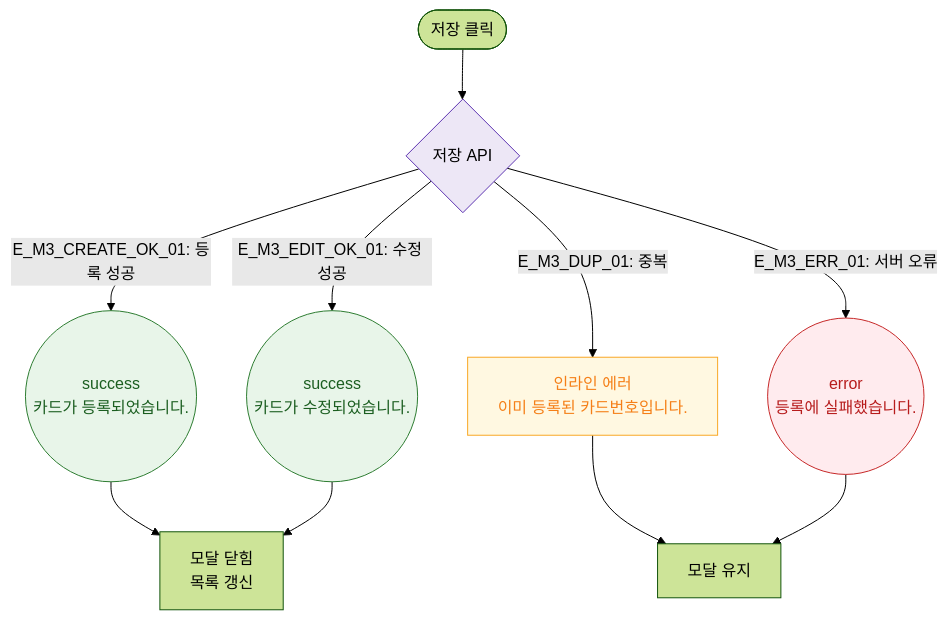
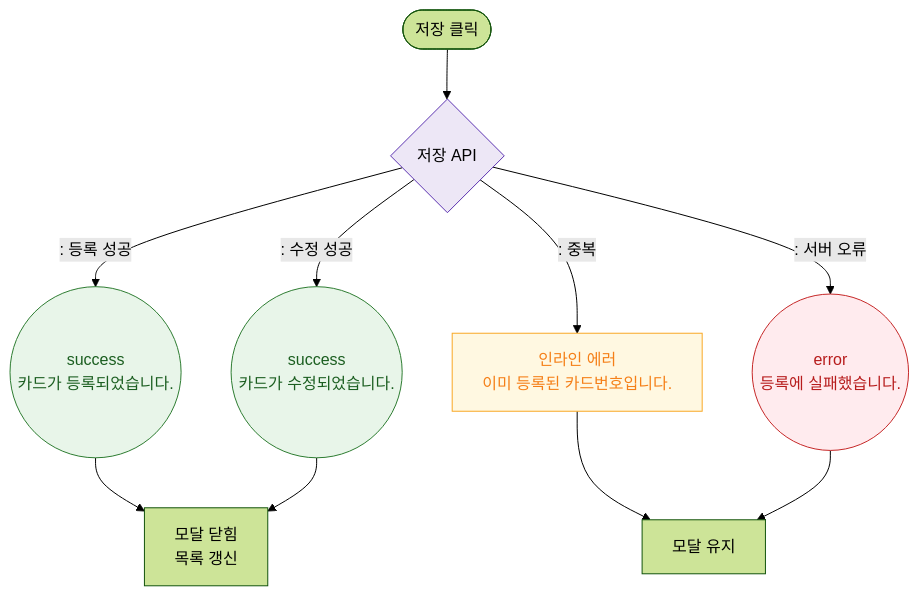
The diagram in docs/다이어그램/D06_시설관리/DLG/DLG-052-001_RFID등록수정/M3_결과분기.md (dev-spogym/admin-pando), drawn with Mermaid (forest theme) before and after one commit. The commit also changed other lines of this file and 1660 other files, not shown here.

First line of the commit message:
다이어그램: 기획자/클라이언트 납품본으로 정리

````diff
--- a/docs/다이어그램/D06_시설관리/DLG/DLG-052-001_RFID등록수정/M3_결과분기.md
+++ b/docs/다이어그램/D06_시설관리/DLG/DLG-052-001_RFID등록수정/M3_결과분기.md
@@ -16,19 +14,19 @@
 ```mermaid
 flowchart TD
     ACTION([저장 클릭]) --> SaveAPI{저장 API}
-    SaveAPI -->|"E_M3_CREATE_OK_01: 등록 성공"| CreateToast((success\n카드가 등록되었습니다.))
-    SaveAPI -->|"E_M3_EDIT_OK_01: 수정 성공"| EditToast((success\n카드가 수정되었습니다.))
-    SaveAPI -->|"E_M3_DUP_01: 중복"| DupErr[인라인 에러\n이미 등록된 카드번호입니다.]
-    SaveAPI -->|"E_M3_ERR_01: 서버 오류"| ErrToast((error\n등록에 실패했습니다.))
+    SaveAPI -->|": 등록 성공"|CreateToast((success\n카드가 등록되었습니다.))
+    SaveAPI -->|": 수정 성공"|EditToast((success\n카드가 수정되었습니다.))
+    SaveAPI -->|": 중복"|DupErr[인라인 에러\n이미 등록된 카드번호입니다.]
+    SaveAPI -->|": 서버 오류"|ErrToast((error\n등록에 실패했습니다.))
     CreateToast & EditToast --> CLOSE[모달 닫힘\n목록 갱신]
     DupErr & ErrToast --> STAY[모달 유지]
 
     classDef success fill:#E8F5E9,stroke:#2E7D32,color:#1B5E20
     classDef error fill:#FFEBEE,stroke:#C62828,color:#B71C1C
     classDef warning fill:#FFF8E1,stroke:#F9A825,color:#F57F17
     classDef system fill:#EDE7F6,stroke:#5E35B2
     class CreateToast,EditToast success
     class ErrToast error
     class DupErr warning
     class SaveAPI system
 ```
````
